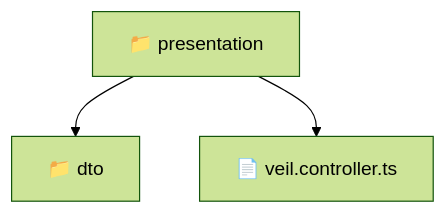
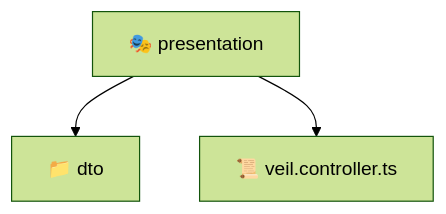
Before and after one commit to beginwebdev2002/fullstack-mavluda: the diagram in backend/src/modules/veil/presentation/README.md, drawn with Mermaid (forest theme). The commit also changed other lines of this file and 163 other files, not shown here.

````diff
--- a/backend/src/modules/veil/presentation/README.md
+++ b/backend/src/modules/veil/presentation/README.md
@@ -9,6 +9,6 @@
 ```mermaid
 graph TD
-  Root["📁 presentation"]
-  Root --> dto["📁 dto"]
-  Root --> veil_controller_ts["📄 veil.controller.ts"]
+  presentation["🎭 presentation"]
+  presentation --> dto["📁 dto"]
+  presentation --> veil_controller_ts["📜 veil.controller.ts"]
 ```
````
